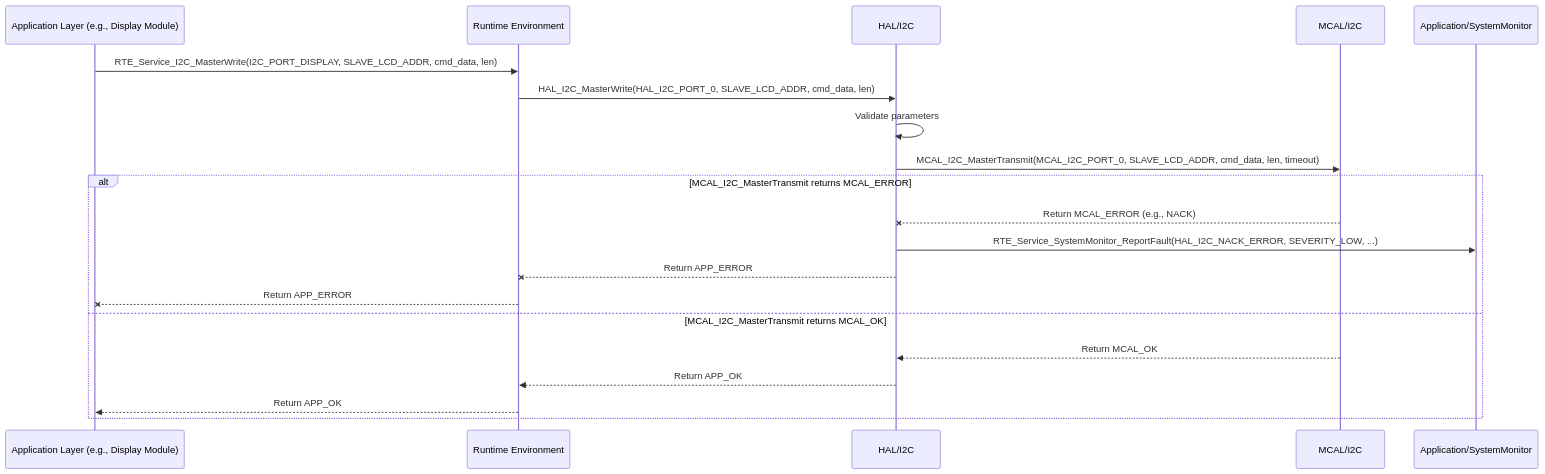
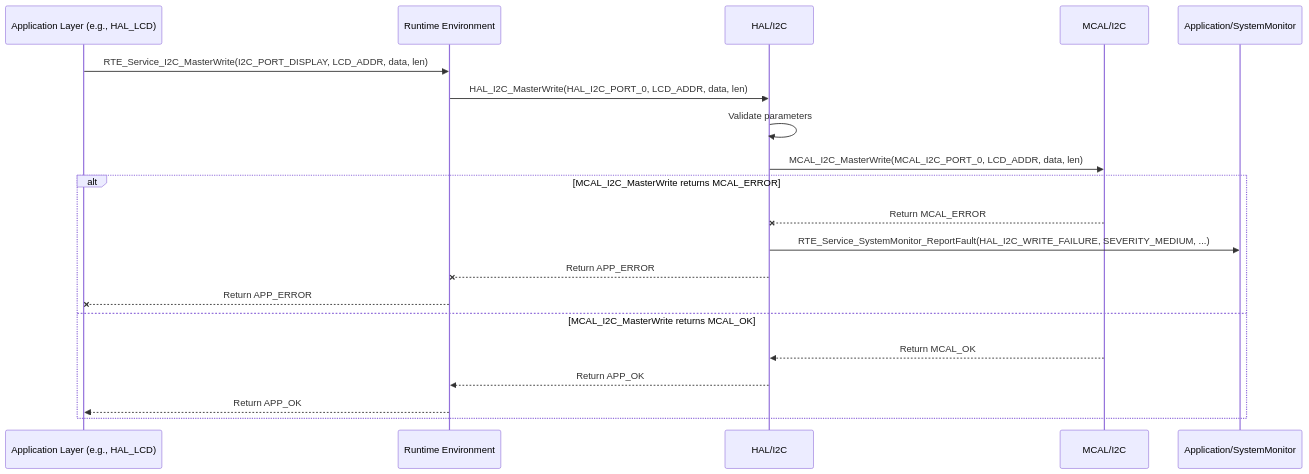
The diagram in Requiremets/Design/HAL/HAL_I2C.md (ashaker-2/Platform), drawn with Mermaid before and after one commit. The commit also changed other lines of this file and 26 other files, not shown here.

````diff
--- a/Requiremets/Design/HAL/HAL_I2C.md
+++ b/Requiremets/Design/HAL/HAL_I2C.md
@@ -157,23 +165,23 @@
 ```mermaid
 sequenceDiagram  
-    participant App as Application Layer (e.g., Display Module)  
+    participant App as Application Layer (e.g., HAL_LCD)  
     participant RTE as Runtime Environment  
     participant HAL_I2C as HAL/I2C  
     participant MCAL_I2C as MCAL/I2C  
     participant SystemMonitor as Application/SystemMonitor
 
-    App->>RTE: RTE_Service_I2C_MasterWrite(I2C_PORT_DISPLAY, SLAVE_LCD_ADDR, cmd_data, len)  
-    RTE->>HAL_I2C: HAL_I2C_MasterWrite(HAL_I2C_PORT_0, SLAVE_LCD_ADDR, cmd_data, len)  
+    App->>RTE: RTE_Service_I2C_MasterWrite(I2C_PORT_DISPLAY, LCD_ADDR, data, len)  
+    RTE->>HAL_I2C: HAL_I2C_MasterWrite(HAL_I2C_PORT_0, LCD_ADDR, data, len)  
     HAL_I2C->>HAL_I2C: Validate parameters  
-    HAL_I2C->>MCAL_I2C: MCAL_I2C_MasterTransmit(MCAL_I2C_PORT_0, SLAVE_LCD_ADDR, cmd_data, len, timeout)  
-    alt MCAL_I2C_MasterTransmit returns MCAL_ERROR  
-        MCAL_I2C--xHAL_I2C: Return MCAL_ERROR (e.g., NACK)  
-        HAL_I2C->>SystemMonitor: RTE_Service_SystemMonitor_ReportFault(HAL_I2C_NACK_ERROR, SEVERITY_LOW, ...)  
+    HAL_I2C->>MCAL_I2C: MCAL_I2C_MasterWrite(MCAL_I2C_PORT_0, LCD_ADDR, data, len)  
+    alt MCAL_I2C_MasterWrite returns MCAL_ERROR  
+        MCAL_I2C--xHAL_I2C: Return MCAL_ERROR  
+        HAL_I2C->>SystemMonitor: RTE_Service_SystemMonitor_ReportFault(HAL_I2C_WRITE_FAILURE, SEVERITY_MEDIUM, ...)  
         HAL_I2C--xRTE: Return APP_ERROR  
         RTE--xApp: Return APP_ERROR  
-    else MCAL_I2C_MasterTransmit returns MCAL_OK  
+    else MCAL_I2C_MasterWrite returns MCAL_OK  
         MCAL_I2C-->>HAL_I2C: Return MCAL_OK  
         HAL_I2C-->>RTE: Return APP_OK  
         RTE-->>App: Return APP_OK  
     end
 ```
````
